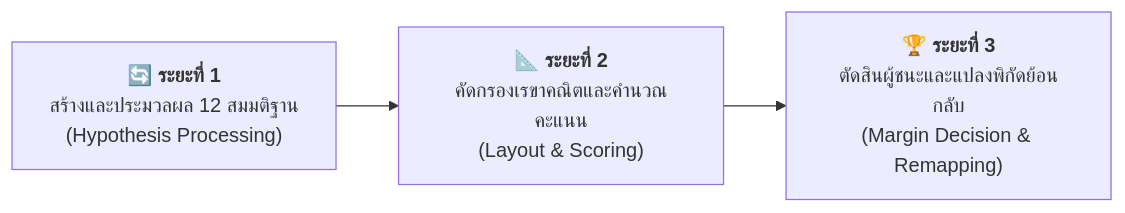
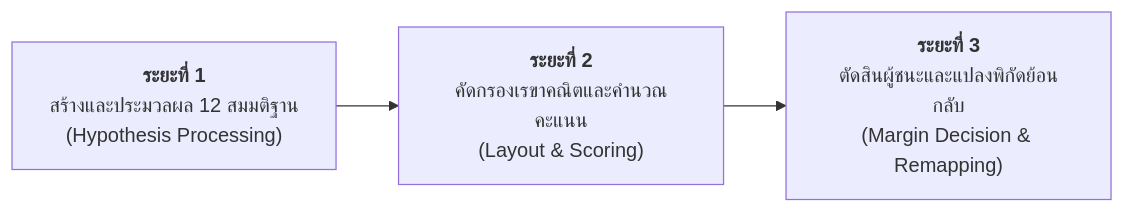
Before and after one commit to jirathxz/meter-reader: the tenth of 17 diagrams in TUTORIAL.md, drawn with Mermaid. The commit also changed other lines of this file and 1 other file, not shown here.

Commit message:
style(docs): remove all emojis across documentation and mermaid diagrams

````diff
--- a/TUTORIAL.md
+++ b/TUTORIAL.md
@@ -868,5 +868,5 @@
 ```mermaid
 flowchart LR
-  P1["🔄 <b>ระยะที่ 1</b><br/>สร้างและประมวลผล 12 สมมติฐาน<br/>(Hypothesis Processing)"] --> P2["📐 <b>ระยะที่ 2</b><br/>คัดกรองเรขาคณิตและคำนวณคะแนน<br/>(Layout & Scoring)"]
-  P2 --> P3["🏆 <b>ระยะที่ 3</b><br/>ตัดสินผู้ชนะและแปลงพิกัดย้อนกลับ<br/>(Margin Decision & Remapping)"]
+  P1["<b>ระยะที่ 1</b><br/>สร้างและประมวลผล 12 สมมติฐาน<br/>(Hypothesis Processing)"] --> P2["<b>ระยะที่ 2</b><br/>คัดกรองเรขาคณิตและคำนวณคะแนน<br/>(Layout & Scoring)"]
+  P2 --> P3["<b>ระยะที่ 3</b><br/>ตัดสินผู้ชนะและแปลงพิกัดย้อนกลับ<br/>(Margin Decision & Remapping)"]
 ```
````
